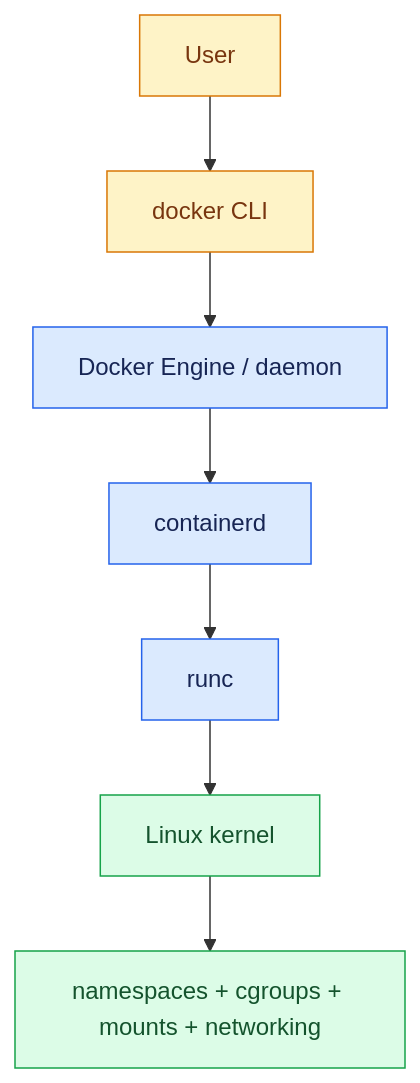
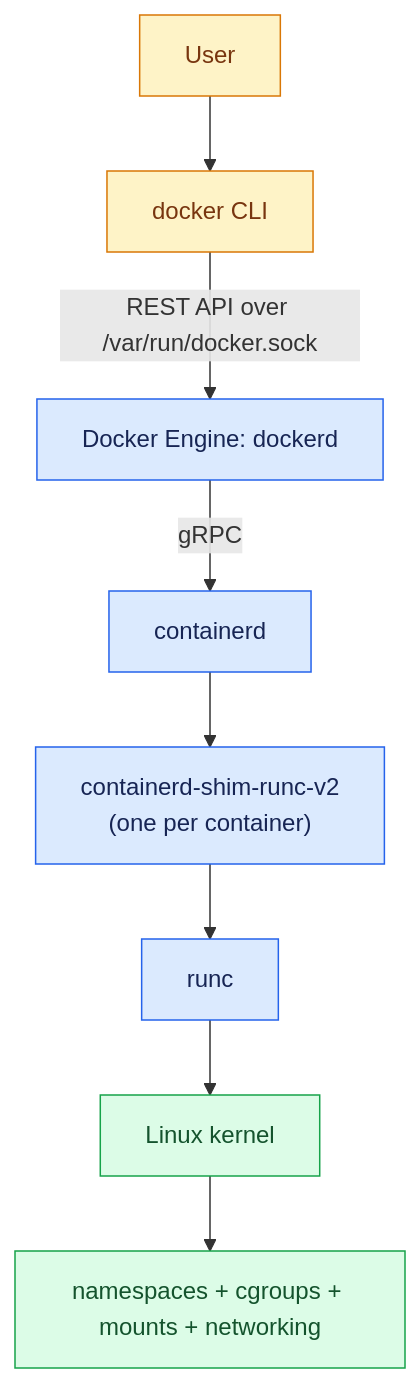
One commit to sameeralam3127/compute-central-docs changed the diagram in docs/docker/08-runc-containerd-and-docker.md. Above: the diagram before and after it, drawn with Mermaid. The commit also changed other lines of this file and 133 other files, not shown here.

````diff
--- a/docs/docker/08-runc-containerd-and-docker.md
+++ b/docs/docker/08-runc-containerd-and-docker.md
@@ -7,15 +22,16 @@
 ```mermaid
 flowchart TB
     U[User] --> CLI[docker CLI]
-    CLI --> D[Docker Engine / daemon]
-    D --> C[containerd]
-    C --> R[runc]
+    CLI -->|REST API over /var/run/docker.sock| D[Docker Engine: dockerd]
+    D -->|gRPC| C[containerd]
+    C --> S["containerd-shim-runc-v2<br>(one per container)"]
+    S --> R[runc]
     R --> K[Linux kernel]
     K --> N[namespaces + cgroups + mounts + networking]
     classDef user fill:#fef3c7,stroke:#d97706,color:#78350f
     classDef runtime fill:#dbeafe,stroke:#2563eb,color:#172554
     classDef kernel fill:#dcfce7,stroke:#16a34a,color:#14532d
     class U,CLI user
-    class D,C,R runtime
+    class D,C,S,R runtime
     class K,N kernel
 ```
````
